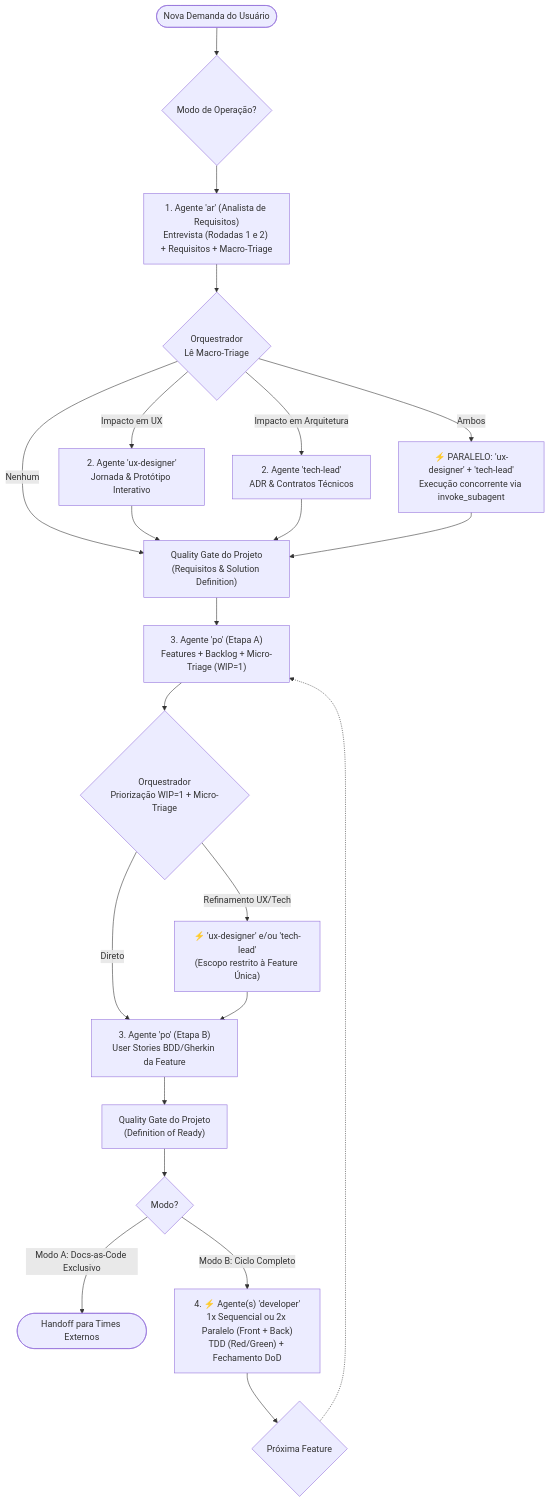
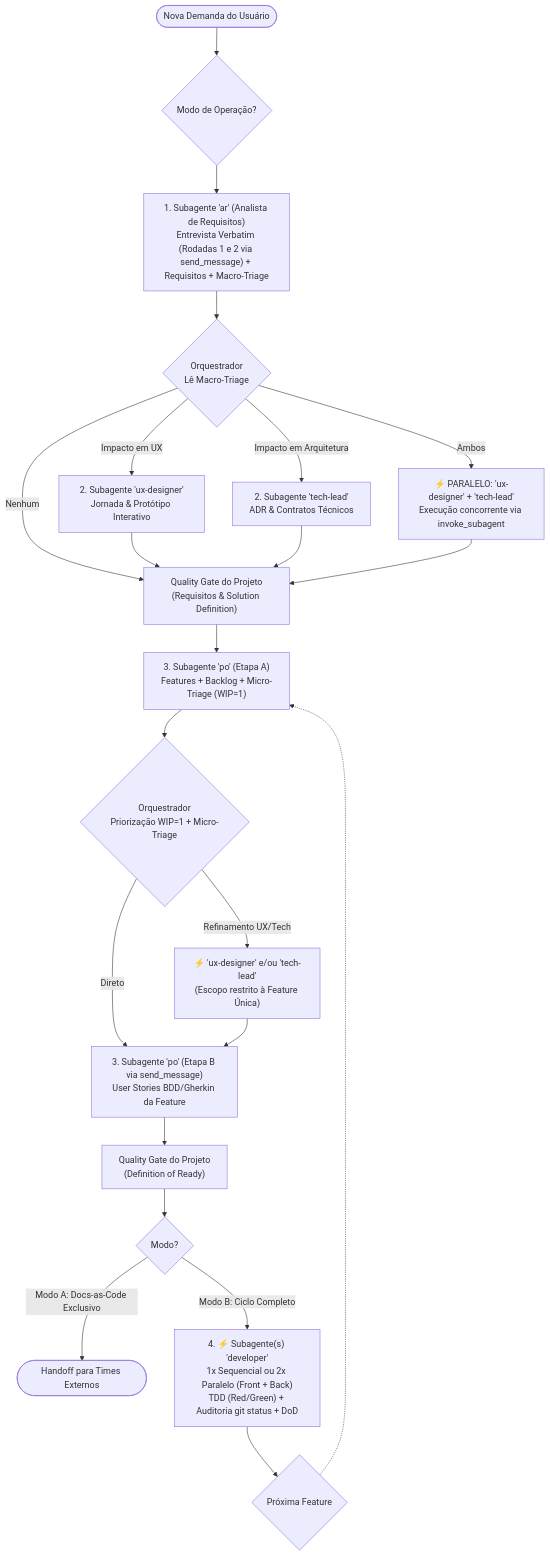
Before and after one commit to renatorlemos-gif/dev-team: the diagram in README.md, drawn with Mermaid. The commit also changed other lines of this file and 9 other files, not shown here.

Commit message:
refactor(v2.0.1): single source of truth via skills, [So via /dev-team] guard, inheritMcp false, lockfile & git status audit

````diff
--- a/README.md
+++ b/README.md
@@ -9,33 +9,33 @@
 ```mermaid
 graph TD
     Demanda([Nova Demanda do Usuário]) --> MODO{Modo de Operação?}
 
-    MODO --> AR["1. Agente 'ar' (Analista de Requisitos)<br/>Entrevista (Rodadas 1 e 2) + Requisitos + Macro-Triage"]
+    MODO --> AR["1. Subagente 'ar' (Analista de Requisitos)<br/>Entrevista Verbatim (Rodadas 1 e 2 via send_message) + Requisitos + Macro-Triage"]
 
     AR --> TRIAGE{"Orquestrador<br/>Lê Macro-Triage"}
 
-    TRIAGE -->|"Impacto em UX"| UX["2. Agente 'ux-designer'<br/>Jornada & Protótipo Interativo"]
-    TRIAGE -->|"Impacto em Arquitetura"| TL["2. Agente 'tech-lead'<br/>ADR & Contratos Técnicos"]
+    TRIAGE -->|"Impacto em UX"| UX["2. Subagente 'ux-designer'<br/>Jornada & Protótipo Interativo"]
+    TRIAGE -->|"Impacto em Arquitetura"| TL["2. Subagente 'tech-lead'<br/>ADR & Contratos Técnicos"]
     TRIAGE -->|"Ambos"| BOTH["⚡ PARALELO: 'ux-designer' + 'tech-lead'<br/>Execução concorrente via invoke_subagent"]
     TRIAGE -->|"Nenhum"| GATE_REQ["Quality Gate do Projeto<br/>(Requisitos & Solution Definition)"]
 
     UX --> GATE_REQ
     TL --> GATE_REQ
     BOTH --> GATE_REQ
 
-    GATE_REQ --> PO_FEAT["3. Agente 'po' (Etapa A)<br/>Features + Backlog + Micro-Triage (WIP=1)"]
+    GATE_REQ --> PO_FEAT["3. Subagente 'po' (Etapa A)<br/>Features + Backlog + Micro-Triage (WIP=1)"]
     PO_FEAT --> MICRO{"Orquestrador<br/>Priorização WIP=1 + Micro-Triage"}
     MICRO -->|"Refinamento UX/Tech"| REFINE["⚡ 'ux-designer' e/ou 'tech-lead'<br/>(Escopo restrito à Feature Única)"]
-    MICRO -->|"Direto"| PO_US["3. Agente 'po' (Etapa B)<br/>User Stories BDD/Gherkin da Feature"]
+    MICRO -->|"Direto"| PO_US["3. Subagente 'po' (Etapa B via send_message)<br/>User Stories BDD/Gherkin da Feature"]
     REFINE --> PO_US
 
     PO_US --> GATE_READY["Quality Gate do Projeto<br/>(Definition of Ready)"]
 
     GATE_READY --> DEV_GATE{Modo?}
 
     DEV_GATE -->|"Modo A: Docs-as-Code Exclusivo"| HANDOFF([Handoff para Times Externos])
-    DEV_GATE -->|"Modo B: Ciclo Completo"| DEV["4. ⚡ Agente(s) 'developer'<br/>1x Sequencial ou 2x Paralelo (Front + Back)<br/>TDD (Red/Green) + Fechamento DoD"]
+    DEV_GATE -->|"Modo B: Ciclo Completo"| DEV["4. ⚡ Subagente(s) 'developer'<br/>1x Sequencial ou 2x Paralelo (Front + Back)<br/>TDD (Red/Green) + Auditoria git status + DoD"]
 
     DEV --> LOOP{"Próxima Feature"}
     LOOP -.-> PO_FEAT
 ```
````
